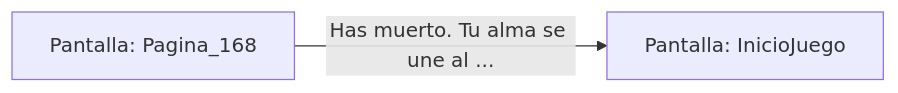
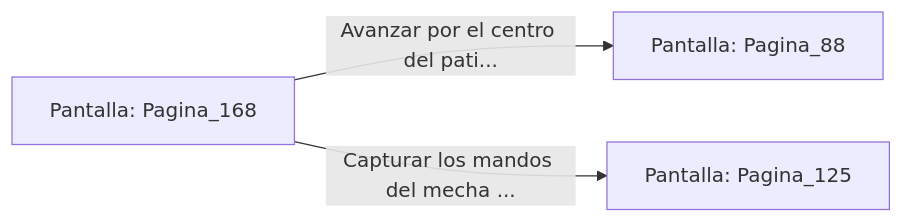
Before and after one commit to metsuke/mpl: the diagram in sample/eligejuego-vault/Pantalla_Pagina_168.md, drawn with Mermaid. The commit also changed other lines of this file and 635 other files, not shown here.

First line of the commit message:
fix: añadir Pagina_1 como pantalla inicial en capitulo_01.mpl

````diff
--- a/sample/eligejuego-vault/Pantalla_Pagina_168.md
+++ b/sample/eligejuego-vault/Pantalla_Pagina_168.md
@@ -17,5 +22,6 @@
 ```mermaid
 graph LR
     P_Pagina_168["Pantalla: Pagina_168"]
-    P_Pagina_168 -->|"Has muerto. Tu alma se une al ..."| P_InicioJuego["Pantalla: InicioJuego"]
+    P_Pagina_168 -->|"Avanzar por el centro del pati..."| P_Pagina_88["Pantalla: Pagina_88"]
+    P_Pagina_168 -->|"Capturar los mandos del mecha ..."| P_Pagina_125["Pantalla: Pagina_125"]
 ```
````
